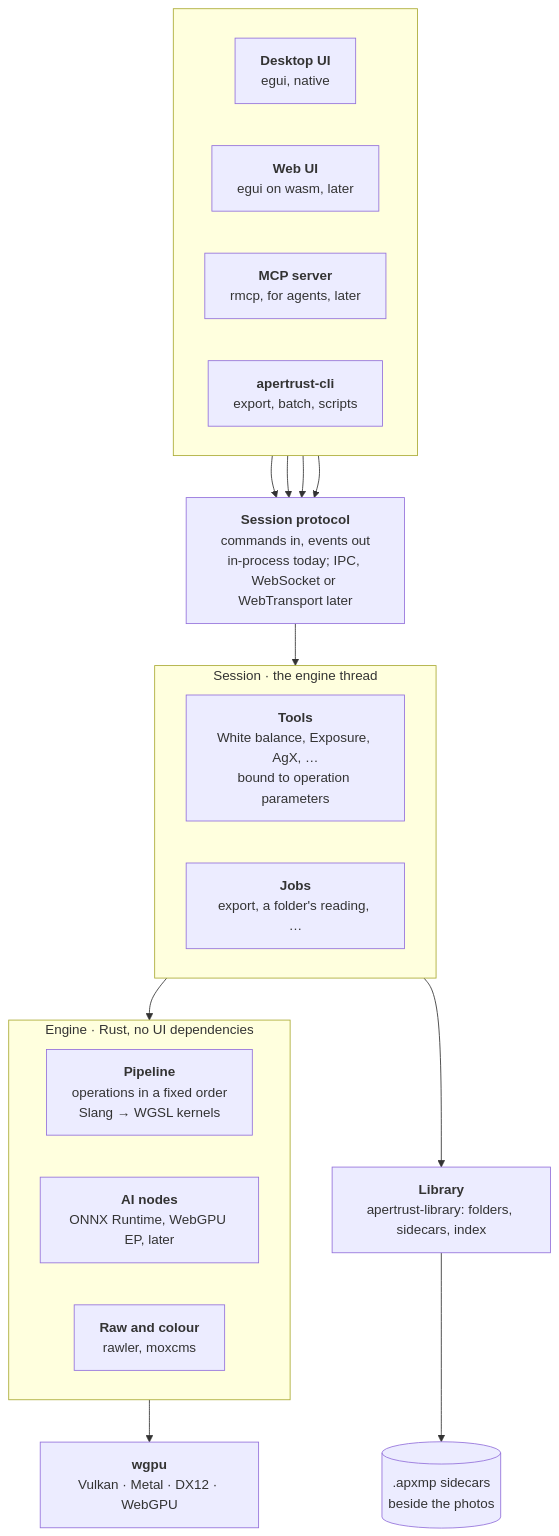
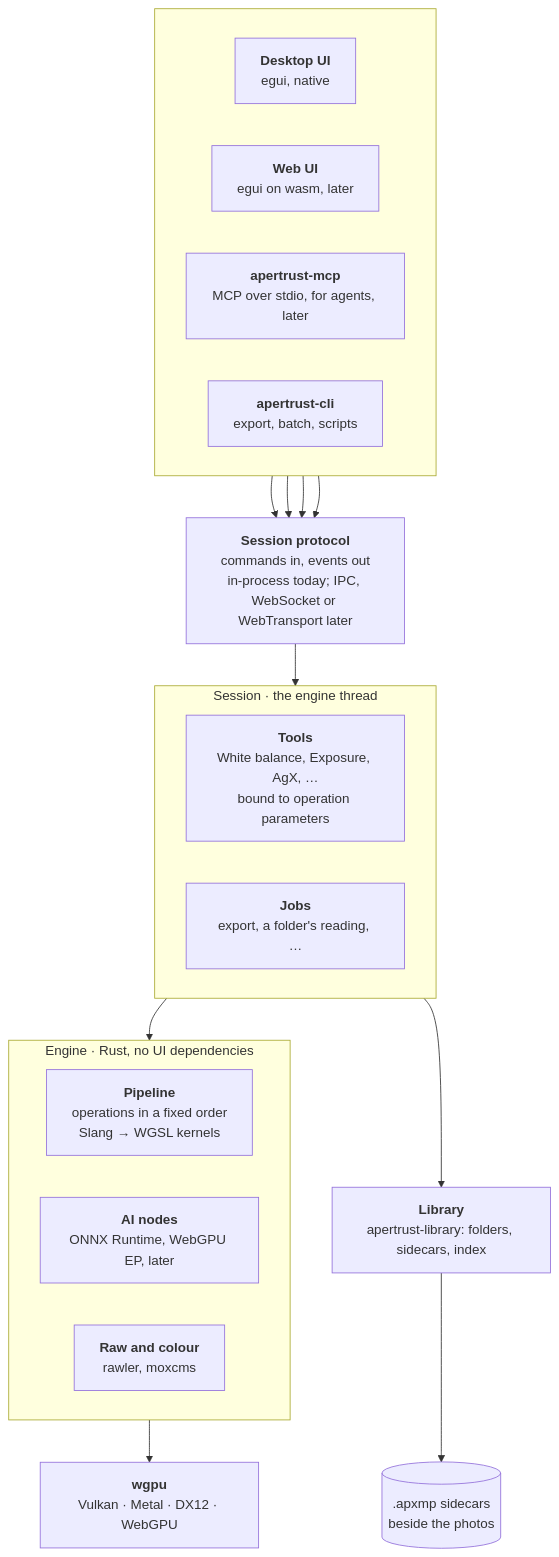
The first of 2 diagrams in docs/architecture.md (apertrust/apertrust), drawn with Mermaid before and after one commit. The commit also changed other lines of this file and 21 other files, not shown here.

First line of the commit message:
Record decision 108: agents through apertrust-mcp, joining the app's session

````diff
--- a/docs/architecture.md
+++ b/docs/architecture.md
@@ -34,34 +34,34 @@
 ```mermaid
 flowchart TB
     subgraph clients[" "]
         direction LR
         desktop["<b>Desktop UI</b><br/>egui, native"]
         web["<b>Web UI</b><br/>egui on wasm, later"]
-        mcp["<b>MCP server</b><br/>rmcp, for agents, later"]
+        mcp["<b>apertrust-mcp</b><br/>MCP over stdio, for agents, later"]
         cli["<b>apertrust-cli</b><br/>export, batch, scripts"]
     end
     protocol["<b>Session protocol</b><br/>commands in, events out<br/>in-process today; IPC, WebSocket or WebTransport later"]
     subgraph session["Session · the engine thread"]
         direction LR
         tools["<b>Tools</b><br/>White balance, Exposure, AgX, …<br/>bound to operation parameters"]
         jobs["<b>Jobs</b><br/>export, a folder's reading, …"]
     end
     subgraph engine["Engine · Rust, no UI dependencies"]
         direction LR
         pipeline["<b>Pipeline</b><br/>operations in a fixed order<br/>Slang → WGSL kernels"]
         ai["<b>AI nodes</b><br/>ONNX Runtime, WebGPU EP, later"]
         raw["<b>Raw and colour</b><br/>rawler, moxcms"]
     end
     library["<b>Library</b><br/>apertrust-library: folders, sidecars, index"]
     files[(".apxmp sidecars<br/>beside the photos")]
     wgpu["<b>wgpu</b><br/>Vulkan · Metal · DX12 · WebGPU"]
     desktop --> protocol
     web --> protocol
     mcp --> protocol
     cli --> protocol
     protocol --> session
     session --> engine
     session --> library
     library --> files
     engine --> wgpu
 ```
````
